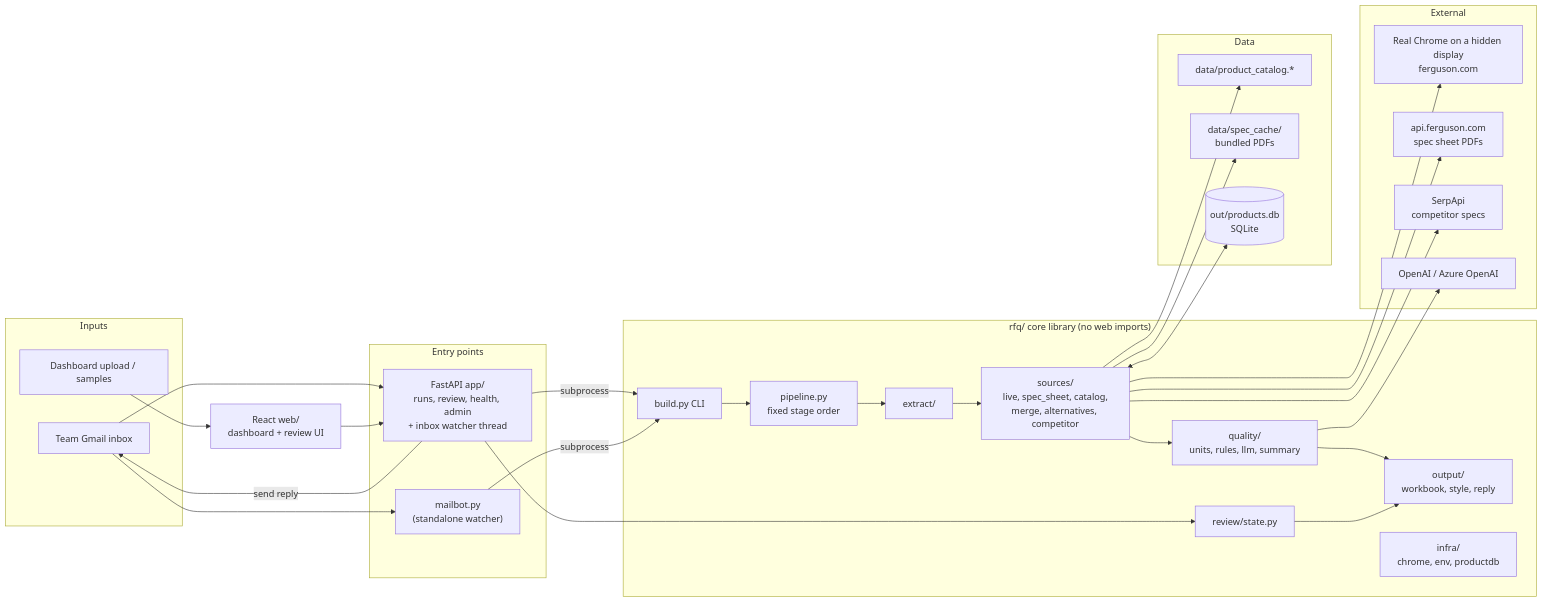
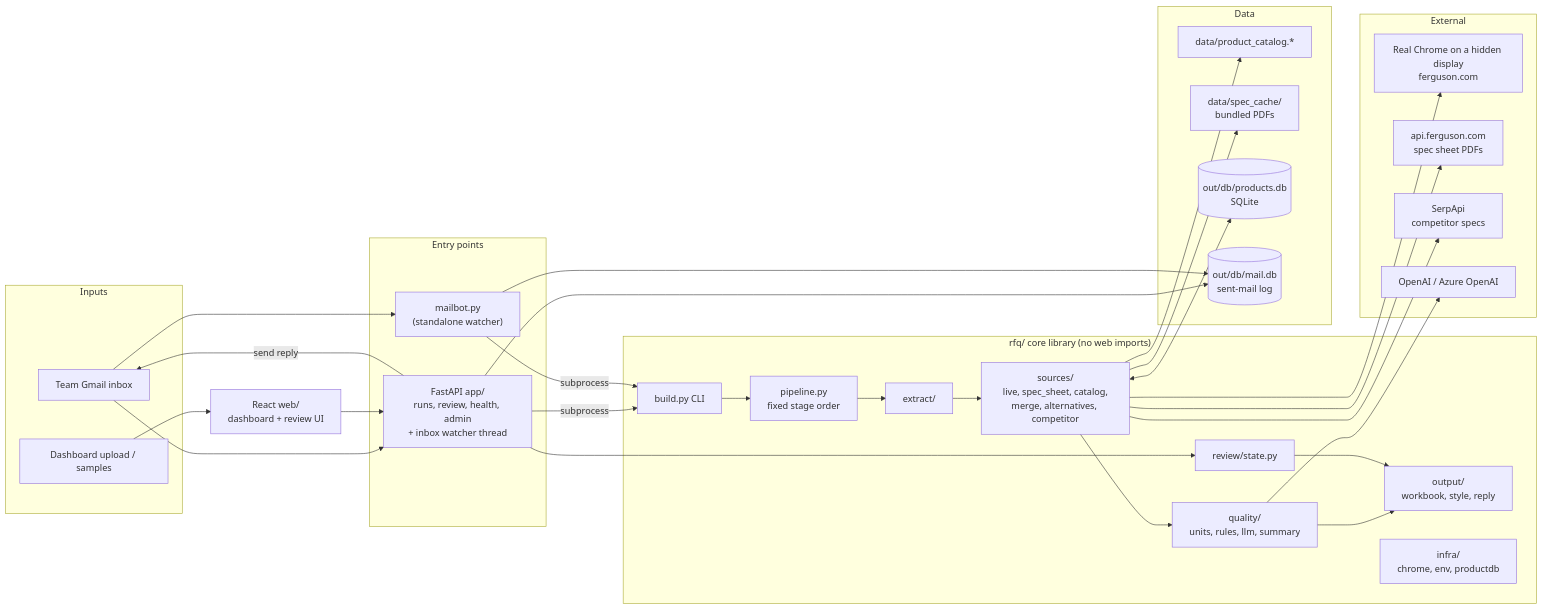
Before and after one commit to Prajwaljb/AutoRFQ: the first of 10 diagrams in document.md, drawn with Mermaid. The commit also changed other lines of this file and 26 other files, not shown here.

First line of the commit message:
Tidy out/ (runs/, inbox/, uploads/, db/) and log every sent email in SQLite; Sent mail page

````diff
--- a/document.md
+++ b/document.md
@@ -56,50 +57,53 @@
 ```mermaid
 flowchart LR
     subgraph Inputs
         GM["Team Gmail inbox"]
         UP["Dashboard upload / samples"]
     end
     subgraph Entry["Entry points"]
         APP["FastAPI app/<br/>runs, review, health, admin<br/>+ inbox watcher thread"]
         MB["mailbot.py<br/>(standalone watcher)"]
     end
     subgraph Core["rfq/ core library (no web imports)"]
         BUILD["build.py CLI"]
         PIPE["pipeline.py<br/>fixed stage order"]
         EXT["extract/"]
         SRC["sources/<br/>live, spec_sheet, catalog,<br/>merge, alternatives, competitor"]
         QA["quality/<br/>units, rules, llm, summary"]
         OUT["output/<br/>workbook, style, reply"]
         REV["review/state.py"]
         INF["infra/<br/>chrome, env, productdb"]
     end
     subgraph External
         CHR["Real Chrome on a hidden display<br/>ferguson.com"]
         PDF["api.ferguson.com<br/>spec sheet PDFs"]
         SERP["SerpApi<br/>competitor specs"]
         LLM["OpenAI / Azure OpenAI"]
     end
     subgraph Data
         CAT["data/product_catalog.*"]
         SPC["data/spec_cache/<br/>bundled PDFs"]
-        DB[("out/products.db<br/>SQLite")]
+        DB[("out/db/products.db<br/>SQLite")]
+        MDB[("out/db/mail.db<br/>sent-mail log")]
     end
     WEB["React web/<br/>dashboard + review UI"]
 
     GM --> APP
     GM --> MB
     UP --> WEB --> APP
     APP -->|subprocess| BUILD
     MB -->|subprocess| BUILD
     BUILD --> PIPE
     PIPE --> EXT --> SRC --> QA --> OUT
     SRC --> CHR
     SRC --> PDF
     SRC --> SERP
     SRC --> SPC
     SRC --> CAT
     SRC <--> DB
     QA --> LLM
     APP --> REV --> OUT
     APP -->|send reply| GM
+    APP --> MDB
+    MB --> MDB
 ```
````
